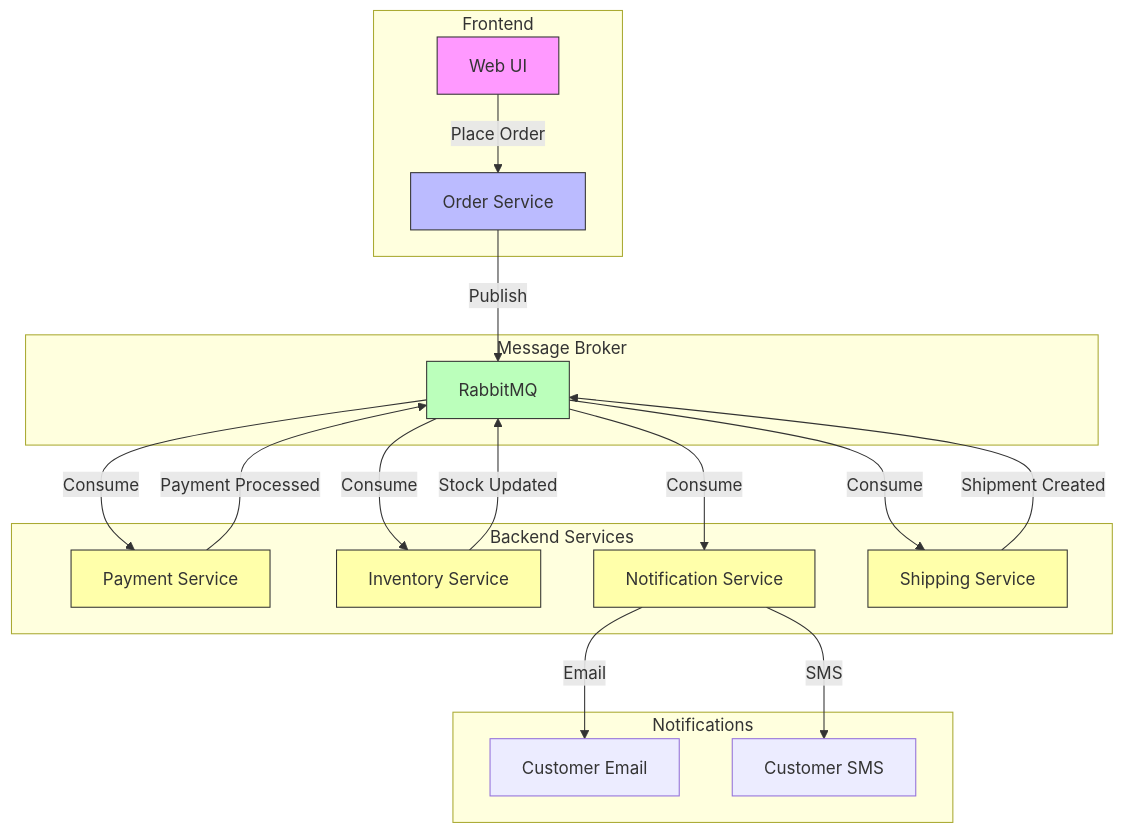
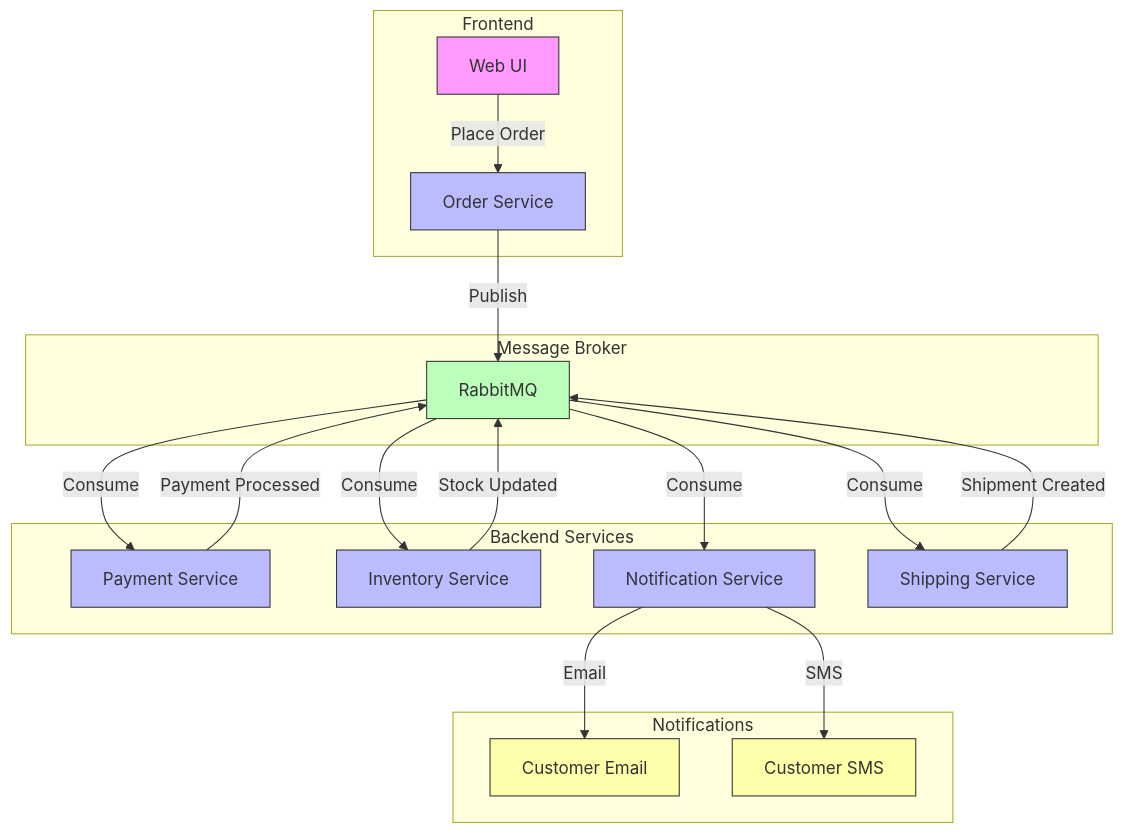
Before and after one commit to hdt12a1/message-broker-mastery: the fifth of 15 diagrams in rabbitmq.md, drawn with Mermaid. The commit also changed other lines of this file, not shown here.

Commit message:
docs: update RabbitMQ documentation with fixed Mermaid diagrams and detailed component analysis

````diff
--- a/rabbitmq.md
+++ b/rabbitmq.md
@@ -255,34 +285,41 @@
 ```mermaid
 graph TD
     subgraph Frontend
-        A[Web UI] -->|Place Order| B[Order Service]
+        A[Web UI] -->|"Place Order"| B[Order Service]
     end
     
     subgraph Message Broker
-        B -->|Publish| C[RabbitMQ]
+        B -->|"Publish"| C[RabbitMQ]
     end
     
     subgraph Backend Services
-        C -->|Consume| D[Payment Service]
-        C -->|Consume| E[Inventory Service]
-        C -->|Consume| F[Notification Service]
-        C -->|Consume| G[Shipping Service]
+        C -->|"Consume"| D[Payment Service]
+        C -->|"Consume"| E[Inventory Service]
+        C -->|"Consume"| F[Notification Service]
+        C -->|"Consume"| G[Shipping Service]
         
-        D -->|Payment Processed| C
-        E -->|Stock Updated| C
-        G -->|Shipment Created| C
+        D -->|"Payment Processed"| C
+        E -->|"Stock Updated"| C
+        G -->|"Shipment Created"| C
     end
     
     subgraph Notifications
-        F -->|Email| H[Customer Email]
-        F -->|SMS| I[Customer SMS]
+        F -->|"Email"| H[Customer Email]
+        F -->|"SMS"| I[Customer SMS]
     end
 
-    style A fill:#f9f,stroke:#333
-    style B fill:#bbf,stroke:#333
-    style C fill:#bfb,stroke:#333
-    style D fill:#ffa,stroke:#333
-    style E fill:#ffa,stroke:#333
-    style F fill:#ffa,stroke:#333
-    style G fill:#ffa,stroke:#333
+    classDef frontend fill:#f9f,stroke:#333;
+    classDef service fill:#bbf,stroke:#333;
+    classDef broker fill:#bfb,stroke:#333;
+    classDef notification fill:#ffa,stroke:#333;
+    
+    class A frontend;
+    class B service;
+    class C broker;
+    class D service;
+    class E service;
+    class F service;
+    class G service;
+    class H notification;
+    class I notification;
 ```
````
